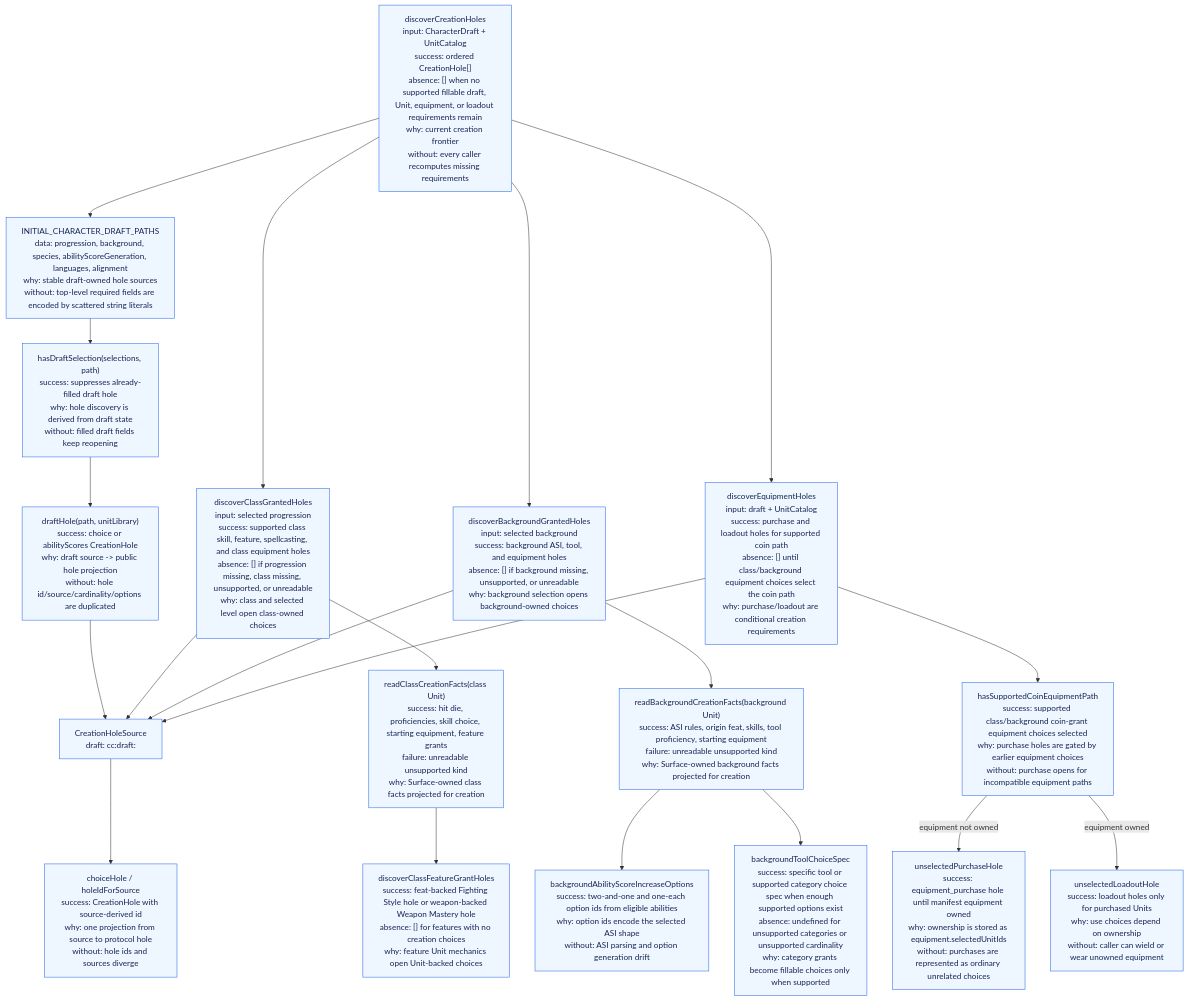
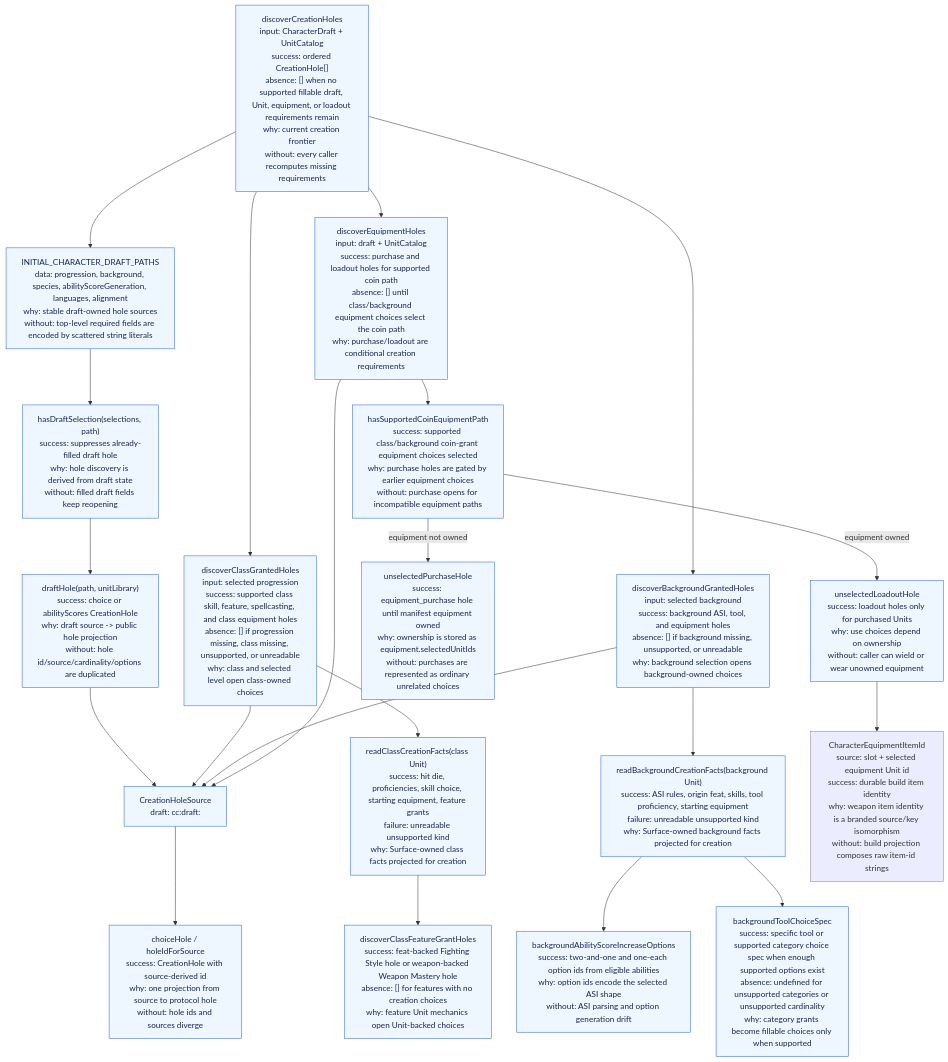
Before and after one commit to dearlordylord/5e-quint: the second of 3 diagrams in packages/character-creation-runtime/ARCHITECTURE_GRAPH.md, drawn with Mermaid. The commit also changed other lines of this file and 9 other files, not shown here.

Commit message:
Brand character equipment item ids

````diff
--- a/packages/character-creation-runtime/ARCHITECTURE_GRAPH.md
+++ b/packages/character-creation-runtime/ARCHITECTURE_GRAPH.md
@@ -83,41 +83,43 @@
 ```mermaid
 flowchart TD
   Discover["discoverCreationHoles<br/>input: CharacterDraft + UnitCatalog<br/>success: ordered CreationHole[]<br/>absence: [] when no supported fillable draft, Unit, equipment, or loadout requirements remain<br/>why: current creation frontier<br/>without: every caller recomputes missing requirements"]
   DraftPaths["INITIAL_CHARACTER_DRAFT_PATHS<br/>data: progression, background, species, abilityScoreGeneration, languages, alignment<br/>why: stable draft-owned hole sources<br/>without: top-level required fields are encoded by scattered string literals"]
   DraftHole["draftHole(path, unitLibrary)<br/>success: choice or abilityScores CreationHole<br/>why: draft source -> public hole projection<br/>without: hole id/source/cardinality/options are duplicated"]
   HasDraftSelection["hasDraftSelection(selections, path)<br/>success: suppresses already-filled draft hole<br/>why: hole discovery is derived from draft state<br/>without: filled draft fields keep reopening"]
 
   ClassGranted["discoverClassGrantedHoles<br/>input: selected progression<br/>success: supported class skill, feature, spellcasting, and class equipment holes<br/>absence: [] if progression missing, class missing, unsupported, or unreadable<br/>why: class and selected level open class-owned choices"]
   ReadClass["readClassCreationFacts(class Unit)<br/>success: hit die, proficiencies, skill choice, starting equipment, feature grants<br/>failure: unreadable unsupported kind<br/>why: Surface-owned class facts projected for creation"]
   FeatureHole["discoverClassFeatureGrantHoles<br/>success: feat-backed Fighting Style hole or weapon-backed Weapon Mastery hole<br/>absence: [] for features with no creation choices<br/>why: feature Unit mechanics open Unit-backed choices"]
 
   BackgroundGranted["discoverBackgroundGrantedHoles<br/>input: selected background<br/>success: background ASI, tool, and equipment holes<br/>absence: [] if background missing, unsupported, or unreadable<br/>why: background selection opens background-owned choices"]
   ReadBackground["readBackgroundCreationFacts(background Unit)<br/>success: ASI rules, origin feat, skills, tool proficiency, starting equipment<br/>failure: unreadable unsupported kind<br/>why: Surface-owned background facts projected for creation"]
   BackgroundAsi["backgroundAbilityScoreIncreaseOptions<br/>success: two-and-one and one-each option ids from eligible abilities<br/>why: option ids encode the selected ASI shape<br/>without: ASI parsing and option generation drift"]
   BackgroundTool["backgroundToolChoiceSpec<br/>success: specific tool or supported category choice spec when enough supported options exist<br/>absence: undefined for unsupported categories or unsupported cardinality<br/>why: category grants become fillable choices only when supported"]
 
   Equipment["discoverEquipmentHoles<br/>input: draft + UnitCatalog<br/>success: purchase and loadout holes for supported coin path<br/>absence: [] until class/background equipment choices select the coin path<br/>why: purchase/loadout are conditional creation requirements"]
   CoinPath["hasSupportedCoinEquipmentPath<br/>success: supported class/background coin-grant equipment choices selected<br/>why: purchase holes are gated by earlier equipment choices<br/>without: purchase opens for incompatible equipment paths"]
   Purchase["unselectedPurchaseHole<br/>success: equipment_purchase hole until manifest equipment owned<br/>why: ownership is stored as equipment.selectedUnitIds<br/>without: purchases are represented as ordinary unrelated choices"]
   Loadout["unselectedLoadoutHole<br/>success: loadout holes only for purchased Units<br/>why: use choices depend on ownership<br/>without: caller can wield or wear unowned equipment"]
 
   Source["CreationHoleSource<br/>draft: cc:draft:<path><br/>unitChoice: cc:unit-source:<UnitChoiceSourceKey><br/>loadout: cc:loadout-source:<LoadoutSourceKey><br/>why: semantic source address for stable hole ids<br/>without: hole identity is arbitrary display text"]
   ChoiceHole["choiceHole / holeIdForSource<br/>success: CreationHole with source-derived id<br/>why: one projection from source to protocol hole<br/>without: hole ids and sources diverge"]
+  EquipmentItemId["CharacterEquipmentItemId<br/>source: slot + selected equipment Unit id<br/>success: durable build item identity<br/>why: weapon item identity is a branded source/key isomorphism<br/>without: build projection composes raw item-id strings"]
 
   Discover --> DraftPaths --> HasDraftSelection --> DraftHole
   Discover --> ClassGranted --> ReadClass --> FeatureHole
   Discover --> BackgroundGranted --> ReadBackground
   ReadBackground --> BackgroundAsi
   ReadBackground --> BackgroundTool
   Discover --> Equipment --> CoinPath
   CoinPath -->|equipment not owned| Purchase
   CoinPath -->|equipment owned| Loadout
   DraftHole --> Source
+  Loadout --> EquipmentItemId
   ClassGranted --> Source
   BackgroundGranted --> Source
   Equipment --> Source
   Source --> ChoiceHole
 
   classDef implemented fill:#eef6ff,stroke:#2563eb,color:#172554;
   class Discover,DraftPaths,DraftHole,HasDraftSelection,ClassGranted,ReadClass,FeatureHole,BackgroundGranted,ReadBackground,BackgroundAsi,BackgroundTool,Equipment,CoinPath,Purchase,Loadout,Source,ChoiceHole implemented;
 ```
````
